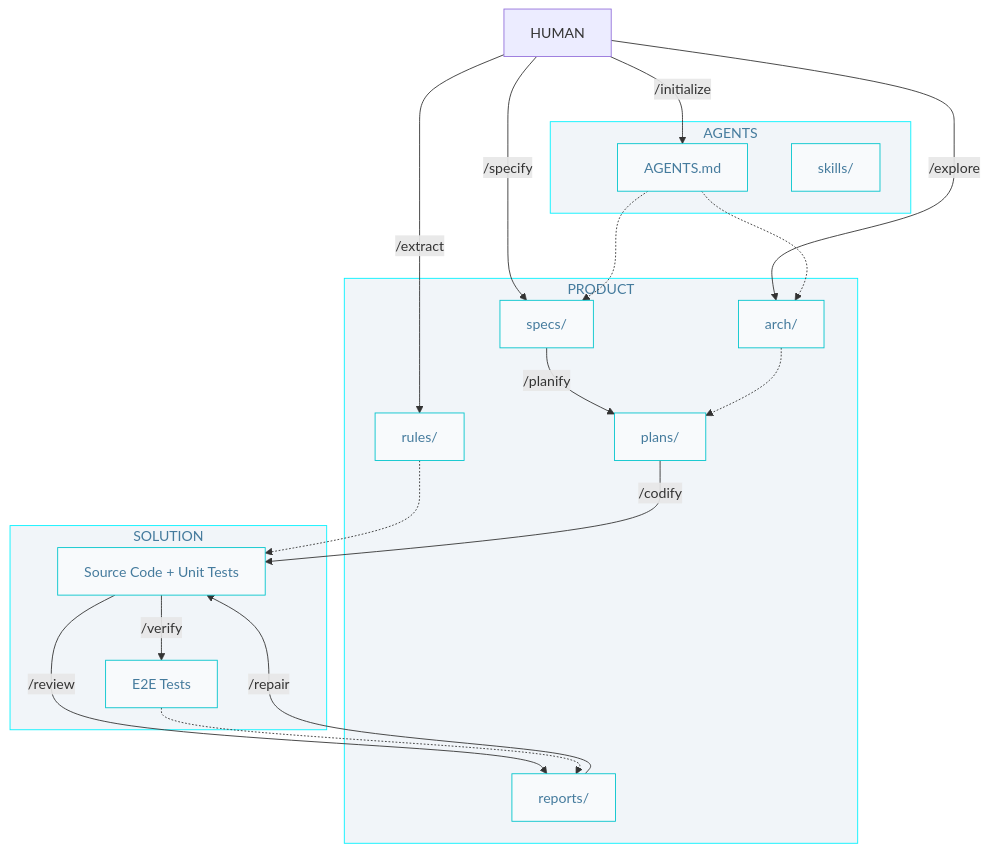
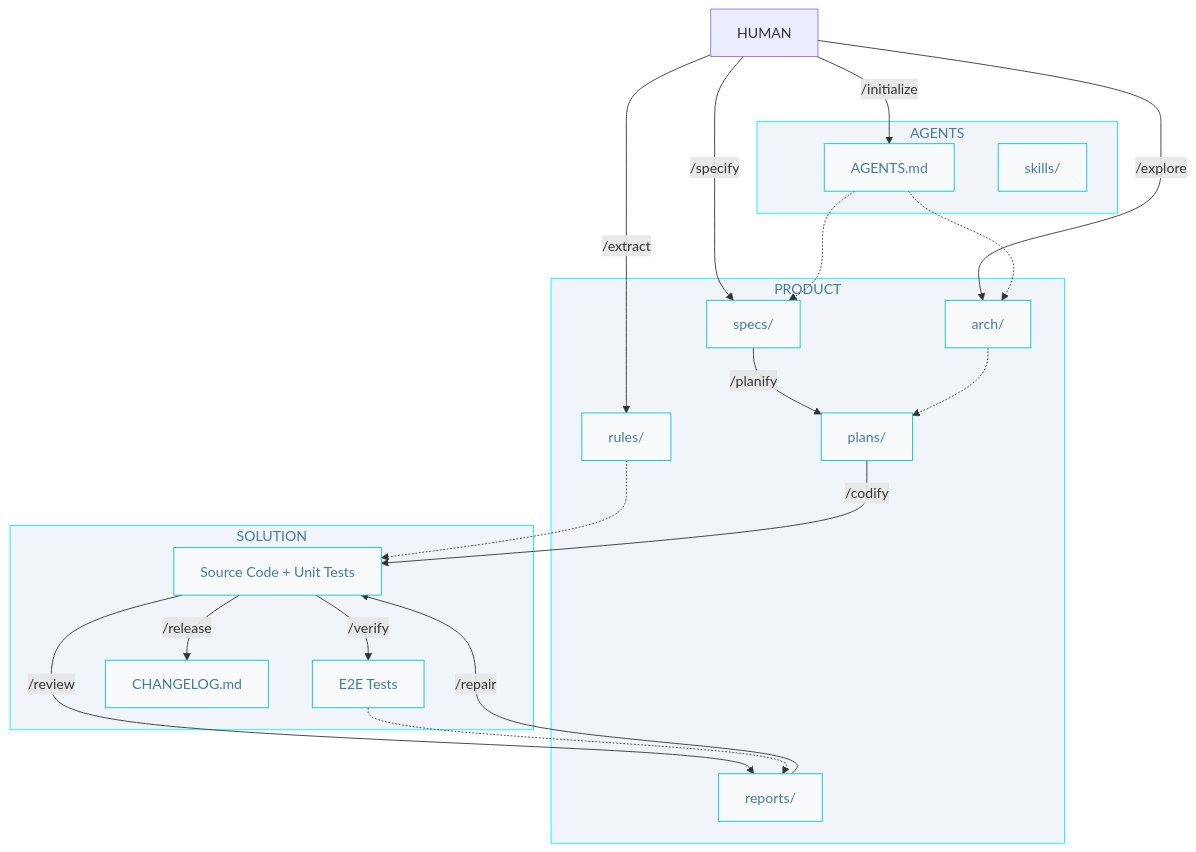
One commit to AIDDbot/AIDDbot changed the diagram in docs/AIDD.workflow.md. Above: the diagram before and after it, drawn with Mermaid. The commit also changed other lines of this file and 3 other files, not shown here.

Commit message:
feat: update workflow documentation to include /release command and changelog updates refactor: streamline craftsman pipelines by removing unnecessary sections and clarifying repair process feat: add image asset for documentation

````diff
--- a/docs/AIDD.workflow.md
+++ b/docs/AIDD.workflow.md
@@ -3,43 +3,45 @@
 ```mermaid
 flowchart TD
   classDef nd fill:#f8fafc,stroke:#00c4cc,color:#457b9d
   classDef sg fill:#f1f5f9,stroke:#00f2ff,color:#457b9d 
 
   HUM[HUMAN]
 
   subgraph P["PRODUCT"]
       SPC["specs/"]:::nd
       PLN["plans/"]:::nd
       RPT["reports/"]:::nd
       ARC["arch/"]:::nd
       RUL["rules/"]:::nd
   end
 
   subgraph A["AGENTS"]
       AGT["AGENTS.md"]:::nd
       SKL["skills/"]:::nd
   end  
 
   subgraph S["SOLUTION"]
       COD["Source Code + Unit Tests"]:::nd
       E2E["E2E Tests"]:::nd
+      CHL["CHANGELOG.md"]:::nd
   end
 
   HUM -->|/initialize| AGT
   HUM -->|/explore| ARC
   HUM -->|/extract| RUL
   HUM -->|/specify| SPC
   AGT -.-> SPC  
   AGT -.-> ARC
   RUL -.-> COD  
   SPC -->|/planify| PLN
   ARC -.-> PLN
 
   PLN -->|/codify| COD
   COD -->|/verify| E2E
   COD -->|/review| RPT
   RPT -->|/repair| COD
   E2E -.-> RPT 
+  COD -->|/release| CHL
 
   class P,A,S sg
 ```
````
